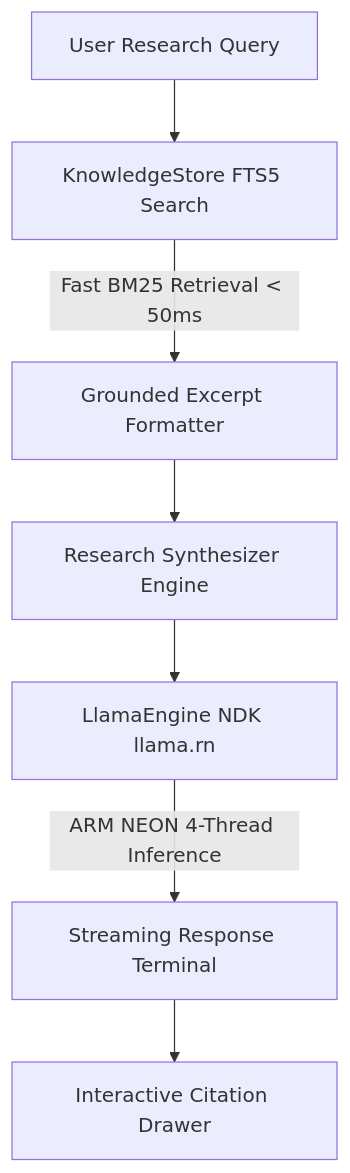
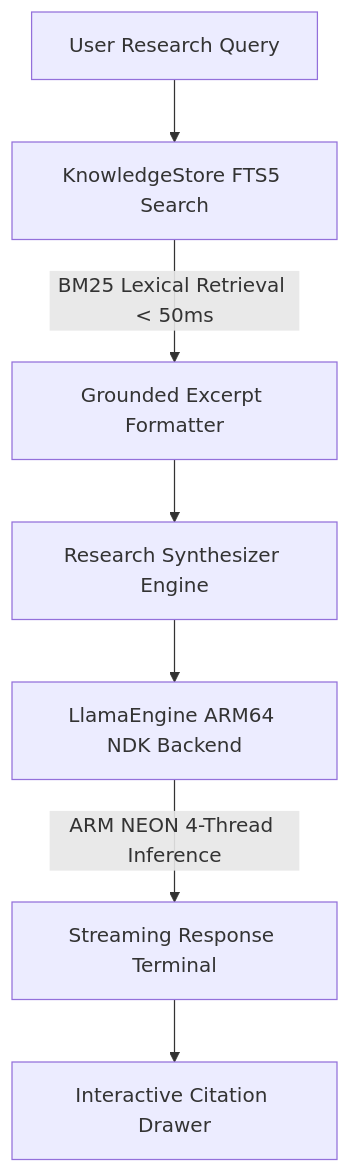
One commit to nabeelmun/nomad-research changed the diagram in README.md. Above: the diagram before and after it, drawn with Mermaid. The commit also changed other lines of this file and 1 other file, not shown here.

````diff
--- a/README.md
+++ b/README.md
@@ -36,9 +42,9 @@
 ```mermaid
 graph TD
     A[User Research Query] --> B[KnowledgeStore FTS5 Search]
-    B -->|Fast BM25 Retrieval < 50ms| C[Grounded Excerpt Formatter]
+    B -->|BM25 Lexical Retrieval < 50ms| C[Grounded Excerpt Formatter]
     C --> D[Research Synthesizer Engine]
-    D --> E[LlamaEngine NDK llama.rn]
+    D --> E[LlamaEngine ARM64 NDK Backend]
     E -->|ARM NEON 4-Thread Inference| F[Streaming Response Terminal]
     F --> G[Interactive Citation Drawer]
 ```
````
